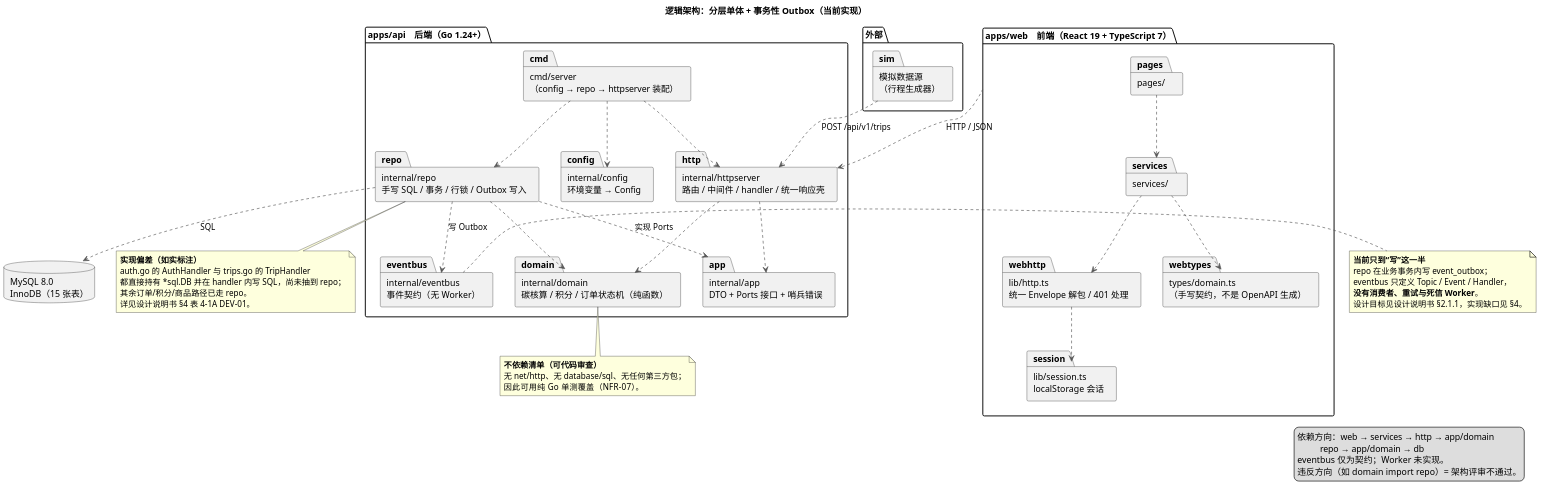
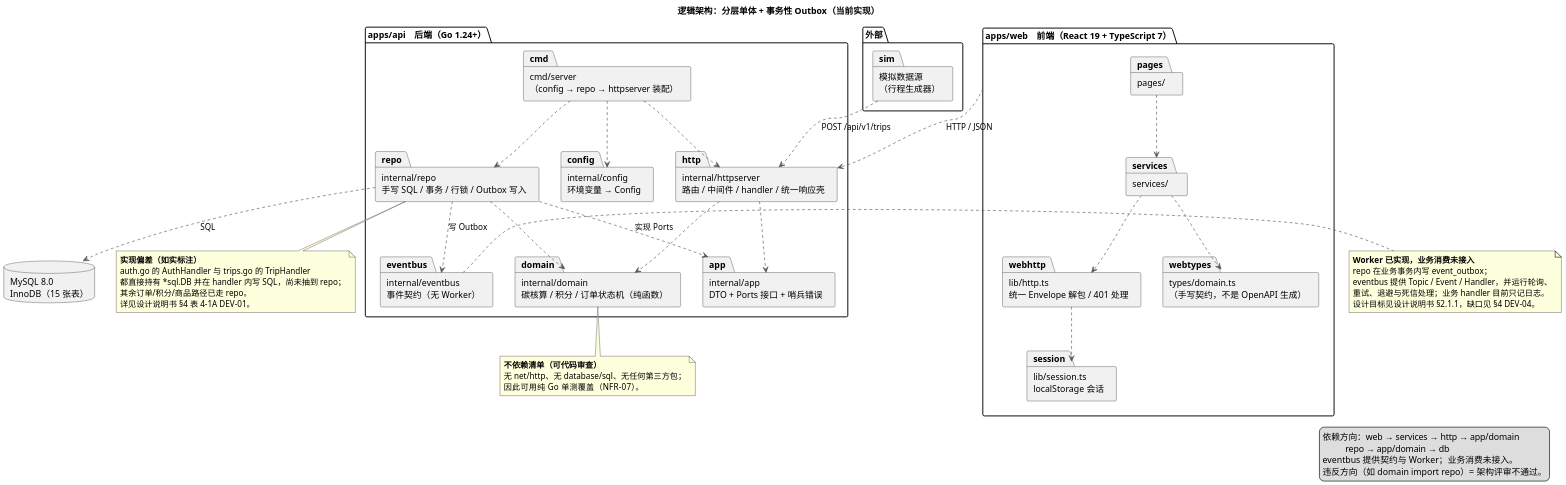
Before and after one commit to chiyan11/green-travel-points: the diagram in docs/uml/05-包图-逻辑架构.puml, drawn with PlantUML. The commit also changed 70 other files, not shown here.

First line of the commit message:
docs(uml): 补齐 19 个用例的鲁棒图与顺序图

```diff
--- a/docs/uml/05-包图-逻辑架构.puml
+++ b/docs/uml/05-包图-逻辑架构.puml
@@ -1,84 +1,84 @@
 @startuml 图2-1 系统逻辑架构 包图
 ' 依据：docs/设计规格说明书.md §2.1.2；与仓库当前目录对齐（2026-11-24）
 ' 设计原则：依赖方向由外向内；domain 只依赖标准库，不依赖 HTTP / SQL / 框架
 
 skinparam defaultFontName "Microsoft YaHei"
 skinparam dpi 150
 skinparam shadowing false
 skinparam packageStyle folder
 skinparam ArrowColor #555555
 
 title 逻辑架构：分层单体 + 事务性 Outbox（当前实现）
 
 package "apps/web　前端（React 19 + TypeScript 7）" as web {
   package "pages/" as pages
   package "services/" as services
   package "lib/http.ts\n统一 Envelope 解包 / 401 处理" as webhttp
   package "lib/session.ts\nlocalStorage 会话" as session
   package "types/domain.ts\n（手写契约，不是 OpenAPI 生成）" as webtypes
 }
 
 package "apps/api　后端（Go 1.24+）" as api {
   package "cmd/server\n（config → repo → httpserver 装配）" as cmd
   package "internal/httpserver\n路由 / 中间件 / handler / 统一响应壳" as http
   package "internal/app\nDTO + Ports 接口 + 哨兵错误" as app
   package "internal/domain\n碳核算 / 积分 / 订单状态机（纯函数）" as domain
   package "internal/repo\n手写 SQL / 事务 / 行锁 / Outbox 写入" as repo
   package "internal/eventbus\n事件契约（无 Worker）" as eventbus
   package "internal/config\n环境变量 → Config" as config
 }
 
 database "MySQL 8.0\nInnoDB（15 张表）" as db
 
 package "外部" as ext {
   package "模拟数据源\n（行程生成器）" as sim
 }
 
 pages ..> services
 services ..> webhttp
 services ..> webtypes
 webhttp ..> session
 web ..> http : HTTP / JSON
 
 cmd ..> http
 cmd ..> repo
 cmd ..> config
 http ..> app
 http ..> domain
 repo ..> app : 实现 Ports
 repo ..> domain
 repo ..> eventbus : 写 Outbox
 repo ..> db : SQL
 sim ..> http : POST /api/v1/trips
 
 ' 关键约束：domain 不反向依赖任何人
 note bottom of domain
   **不依赖清单（可代码审查）**
   无 net/http、无 database/sql、无任何第三方包；
   因此可用纯 Go 单测覆盖（NFR-07）。
 end note
 
 note right of eventbus
-  **当前只到“写”这一半**
+  **Worker 已实现，业务消费未接入**
   repo 在业务事务内写 event_outbox；
-  eventbus 只定义 Topic / Event / Handler，
-  **没有消费者、重试与死信 Worker**。
-  设计目标见设计说明书 §2.1.1，实现缺口见 §4。
+  eventbus 提供 Topic / Event / Handler，并运行轮询、
+  重试、退避与死信处理；业务 handler 目前只记日志。
+  设计目标见设计说明书 §2.1.1，缺口见 §4 DEV-04。
 end note
 
 note bottom of repo
   **实现偏差（如实标注）**
   auth.go 的 AuthHandler 与 trips.go 的 TripHandler
   都直接持有 *sql.DB 并在 handler 内写 SQL，尚未抽到 repo；
   其余订单/积分/商品路径已走 repo。
   详见设计说明书 §4 表 4-1A DEV-01。
 end note
 
 legend right
   依赖方向：web → services → http → app/domain
             repo → app/domain → db
-  eventbus 仅为契约；Worker 未实现。
+  eventbus 提供契约与 Worker；业务消费未接入。
   违反方向（如 domain import repo）= 架构评审不通过。
 endlegend
 
 @enduml
```
